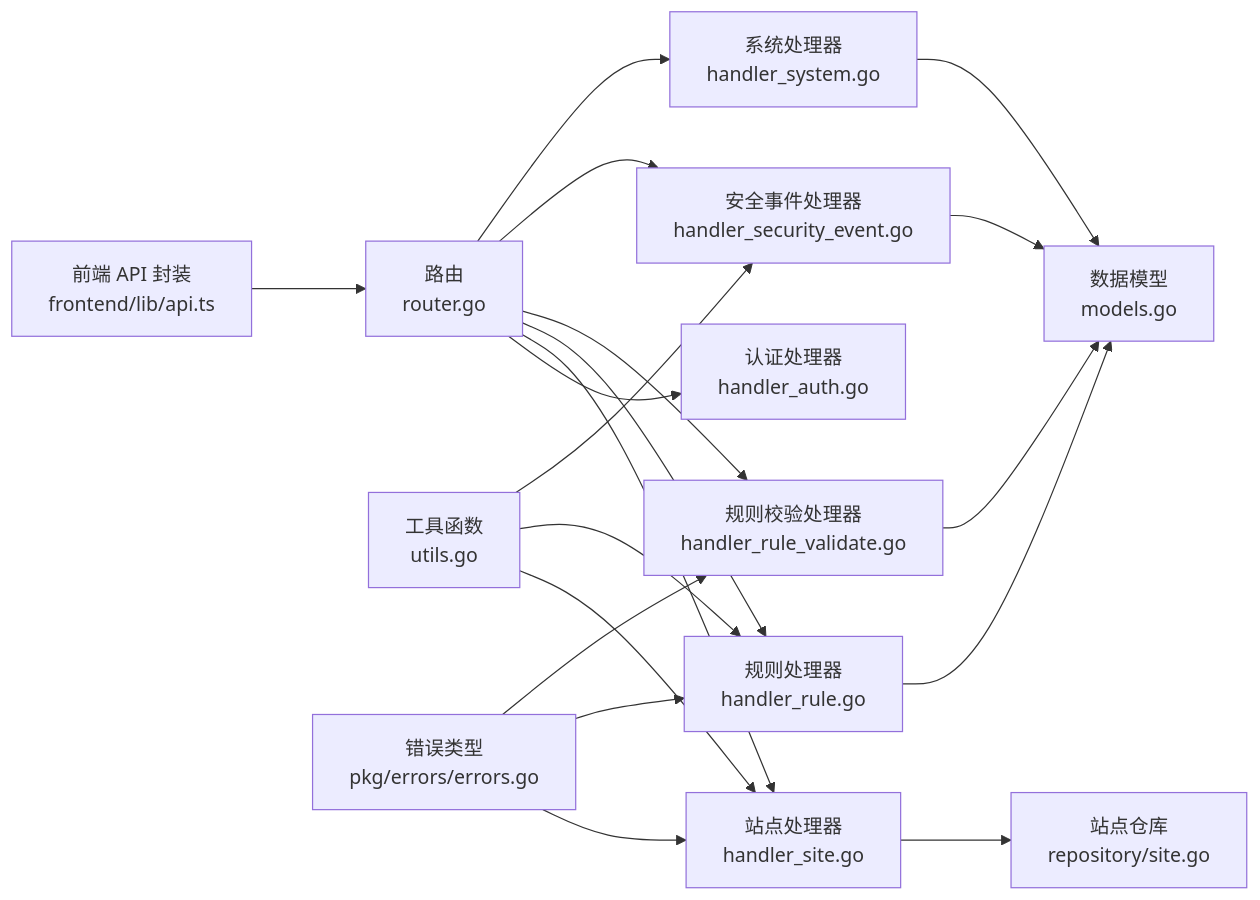
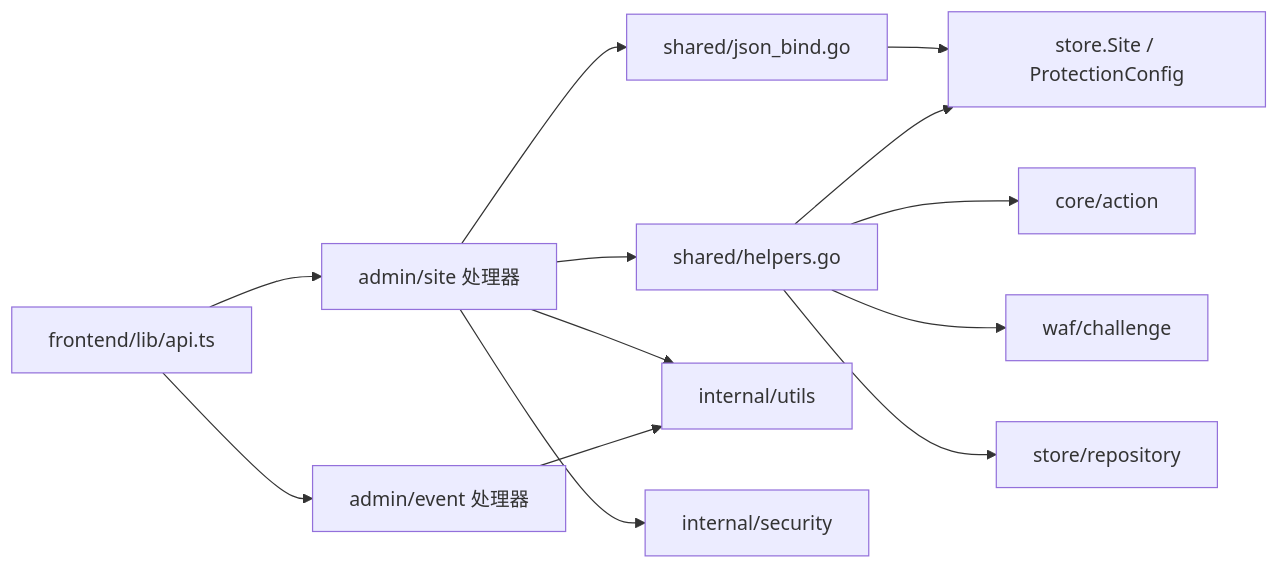
The fifth of 5 diagrams in docs/管理 API 系统/REST API 设计规范/请求响应格式规范.md (x01n/My-OpenWaf), drawn with Mermaid before and after one commit. The commit also changed other lines of this file and 622 other files, not shown here.

````diff
--- a/docs/管理 API 系统/REST API 设计规范/请求响应格式规范.md
+++ b/docs/管理 API 系统/REST API 设计规范/请求响应格式规范.md
@@ -287,21 +429,15 @@
 ```mermaid
 graph LR
-ROUTER["路由<br/>router.go"] --> HANDLER_AUTH["认证处理器<br/>handler_auth.go"]
-ROUTER --> HANDLER_SITE["站点处理器<br/>handler_site.go"]
-ROUTER --> HANDLER_RULE["规则处理器<br/>handler_rule.go"]
-ROUTER --> HANDLER_VALIDATE["规则校验处理器<br/>handler_rule_validate.go"]
-ROUTER --> HANDLER_EVENT["安全事件处理器<br/>handler_security_event.go"]
-ROUTER --> HANDLER_SYS["系统处理器<br/>handler_system.go"]
-HANDLER_SITE --> REPO_SITE["站点仓库<br/>repository/site.go"]
-HANDLER_RULE --> MODELS["数据模型<br/>models.go"]
-HANDLER_VALIDATE --> MODELS
-HANDLER_EVENT --> MODELS
-HANDLER_SYS --> MODELS
-UTILS["工具函数<br/>utils.go"] --> HANDLER_SITE
-UTILS --> HANDLER_RULE
-UTILS --> HANDLER_EVENT
-ERRORS["错误类型<br/>pkg/errors/errors.go"] --> HANDLER_SITE
-ERRORS --> HANDLER_RULE
-ERRORS --> HANDLER_VALIDATE
-FE_API["前端 API 封装<br/>frontend/lib/api.ts"] --> ROUTER
+JB["shared/json_bind.go"] --> ST["store.Site / ProtectionConfig"]
+HD["shared/helpers.go"] --> AC["core/action"]
+HD --> ST
+HD --> CH["waf/challenge"]
+HD --> REPO["store/repository"]
+PT["admin/site 处理器"] --> JB
+PT --> HD
+PT --> UT["internal/utils"]
+PT --> SEC["internal/security"]
+EV["admin/event 处理器"] --> UT
+FE["frontend/lib/api.ts"] --> PT
+FE --> EV
 ```
````
